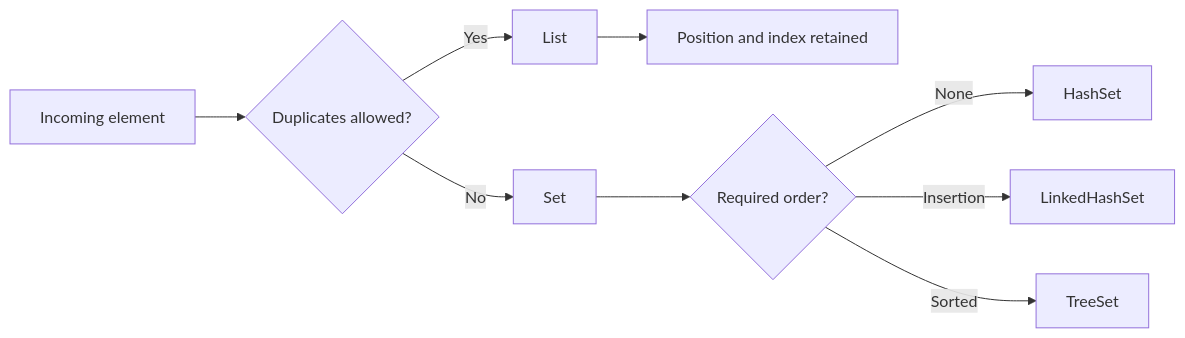
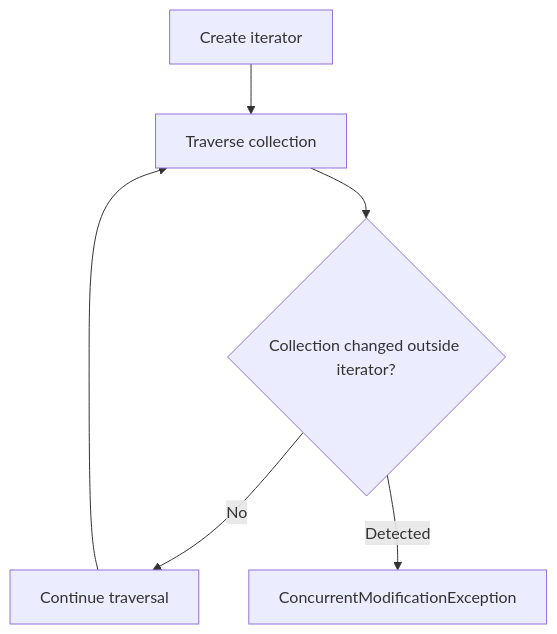
The third of 9 diagrams in collections.md (arvind-codegnan/core-java-reference-material), drawn with Mermaid before and after one commit. The commit also changed other lines of this file, not shown here.

````diff
--- a/collections.md
+++ b/collections.md
@@ -214,11 +310,8 @@
 ```mermaid
-flowchart LR
-    IN[Incoming element] --> D{Duplicates allowed?}
-    D -->|Yes| L[List]
-    D -->|No| S[Set]
-    L --> LI[Position and index retained]
-    S --> O{Required order?}
-    O -->|None| HS[HashSet]
-    O -->|Insertion| LHS[LinkedHashSet]
-    O -->|Sorted| TS[TreeSet]
+flowchart TD
+    A[Create iterator] --> B[Traverse collection]
+    B --> C{Collection changed outside iterator?}
+    C -->|No| D[Continue traversal]
+    C -->|Detected| E[ConcurrentModificationException]
+    D --> B
 ```
````
